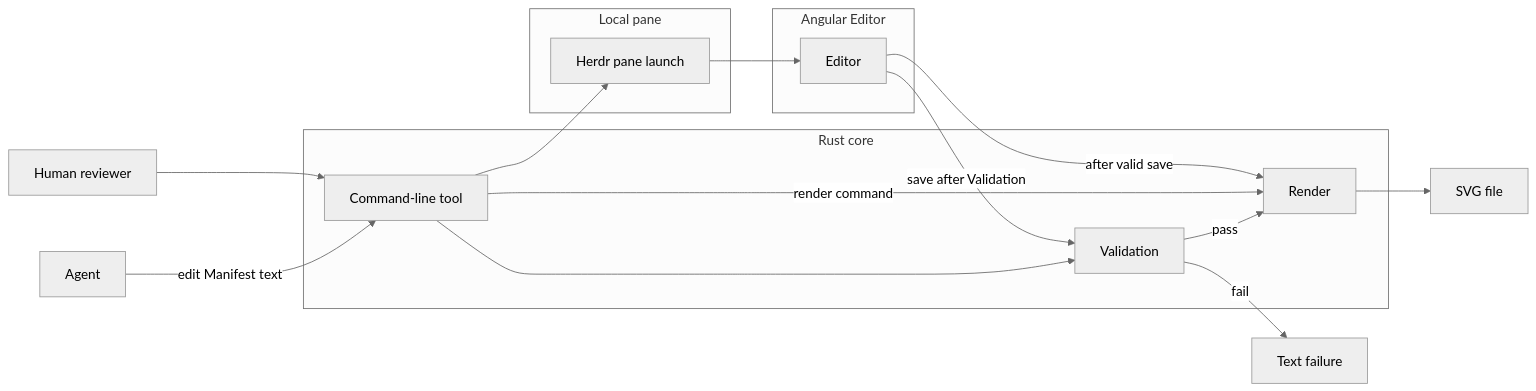
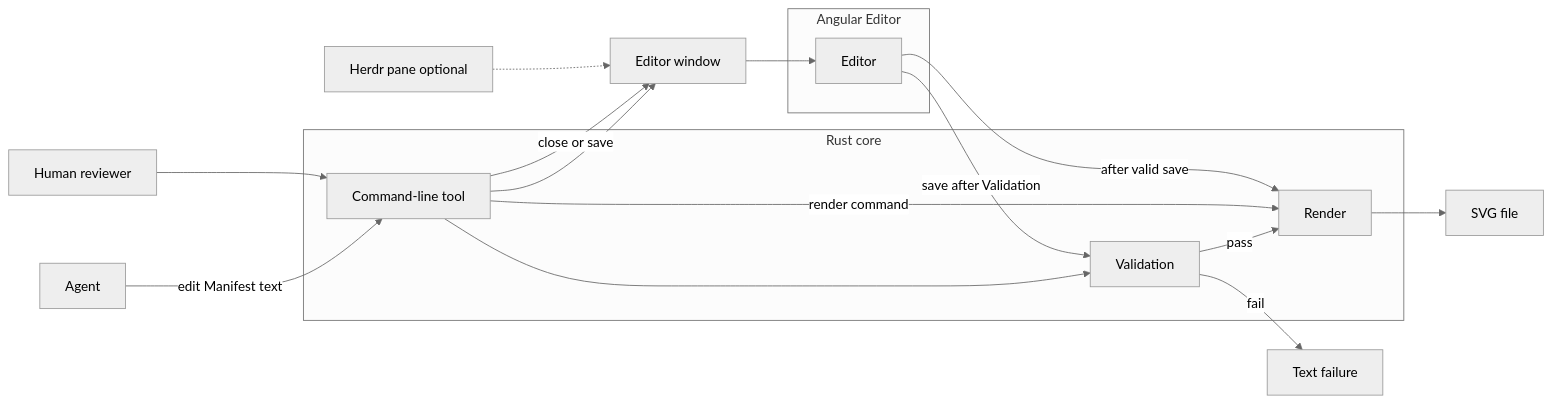
One commit to semper-nova-tech/pallas-skema changed the first of 2 diagrams in docs/features/skema-v1/architecture-overview.md. Above: the diagram before and after it, drawn with Mermaid (neutral theme). The commit also changed other lines of this file and 5 other files, not shown here.

````diff
--- a/docs/features/skema-v1/architecture-overview.md
+++ b/docs/features/skema-v1/architecture-overview.md
@@ -58,25 +58,26 @@
 ```mermaid
 flowchart LR
   subgraph backend [Rust core]
     CLI[Command-line tool]
     Val[Validation]
     Rend[Render]
     CLI --> Val
     Val -->|pass| Rend
   end
   subgraph frontend [Angular Editor]
     Ed[Editor]
   end
-  subgraph infra [Local pane]
-    Herdr[Herdr pane launch]
-  end
+  Win[Editor window]
+  Herdr[Herdr pane optional]
   Agent[Agent] -->|edit Manifest text| CLI
   CLI -->|render command| Rend
   Human[Human reviewer] --> CLI
-  CLI --> Herdr
-  Herdr --> Ed
+  CLI --> Win
+  Win --> Ed
+  Herdr -.-> Win
+  CLI -->|close or save| Win
   Ed -->|save after Validation| Val
   Ed -->|after valid save| Rend
   Rend --> SVG[SVG file]
   Val -->|fail| TF[Text failure]
 ```
````
